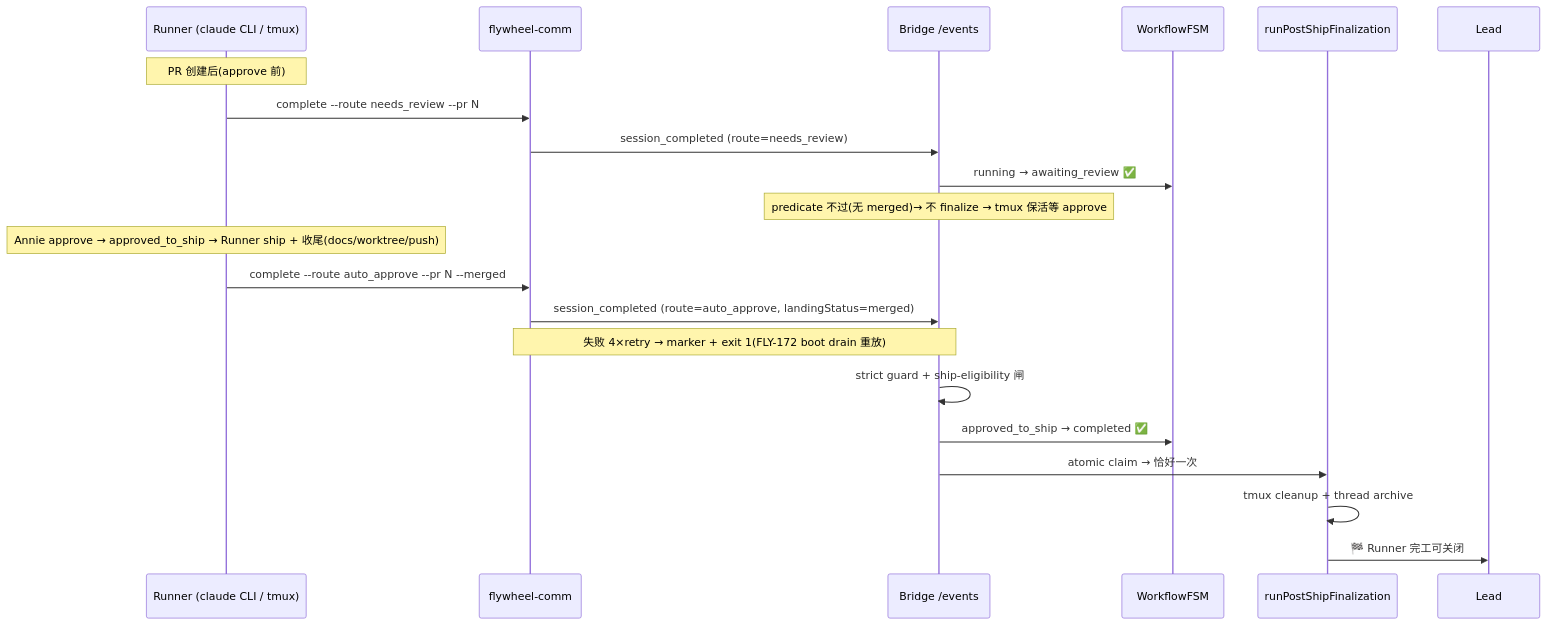
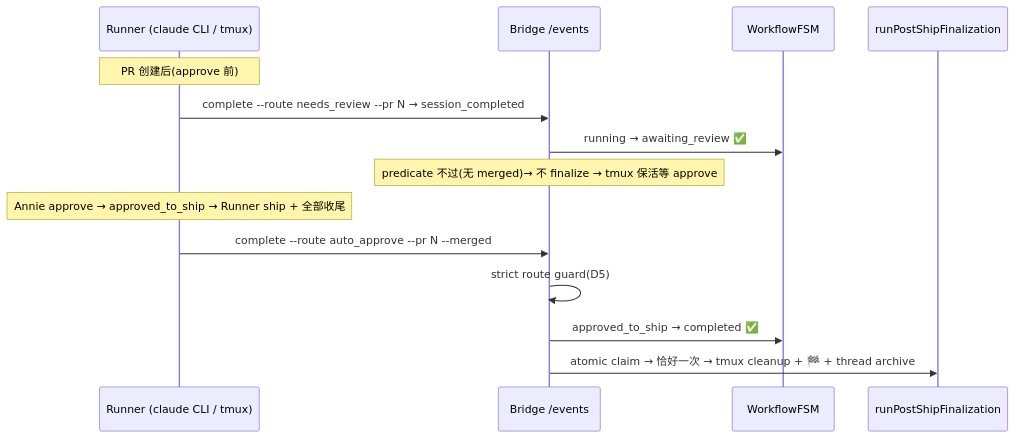
The diagram in engineering/doc/FLY-108-session-status-flip/plan.md (xrliAnnie/flywheel-qa-sandbox), drawn with Mermaid before and after one commit. The commit also changed other lines of this file and 2 other files, not shown here.

First line of the commit message:
docs(FLY-108): fold Codex design review R1-R3 findings — APPROVED R4

````diff
--- a/engineering/doc/FLY-108-session-status-flip/plan.md
+++ b/engineering/doc/FLY-108-session-status-flip/plan.md
@@ -39,24 +42,17 @@
 ```mermaid
 sequenceDiagram
     participant R as Runner (claude CLI / tmux)
-    participant FC as flywheel-comm
     participant B as Bridge /events
     participant FSM as WorkflowFSM
     participant PSF as runPostShipFinalization
-    participant L as Lead
 
     Note over R: PR 创建后(approve 前)
-    R->>FC: complete --route needs_review --pr N
-    FC->>B: session_completed (route=needs_review)
+    R->>B: complete --route needs_review --pr N → session_completed
     B->>FSM: running → awaiting_review ✅
     Note over B: predicate 不过(无 merged)→ 不 finalize → tmux 保活等 approve
-    Note over R: Annie approve → approved_to_ship → Runner ship + 收尾(docs/worktree/push)
-    R->>FC: complete --route auto_approve --pr N --merged
-    FC->>B: session_completed (route=auto_approve, landingStatus=merged)
-    Note over FC,B: 失败 4×retry → marker + exit 1(FLY-172 boot drain 重放)
-    B->>B: strict guard + ship-eligibility 闸
+    Note over R: Annie approve → approved_to_ship → Runner ship + 全部收尾
+    R->>B: complete --route auto_approve --pr N --merged
+    B->>B: strict route guard(D5)
     B->>FSM: approved_to_ship → completed ✅
-    B->>PSF: atomic claim → 恰好一次
-    PSF->>PSF: tmux cleanup + thread archive
-    PSF->>L: 🏁 Runner 完工可关闭
+    B->>PSF: atomic claim → 恰好一次 → tmux cleanup + 🏁 + thread archive
 ```
````
